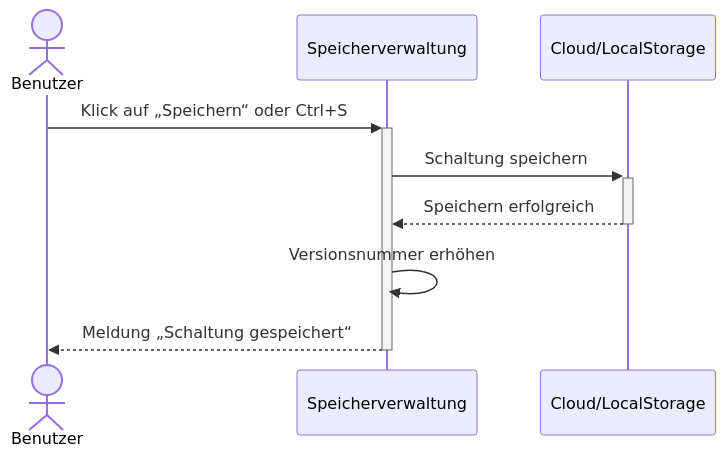
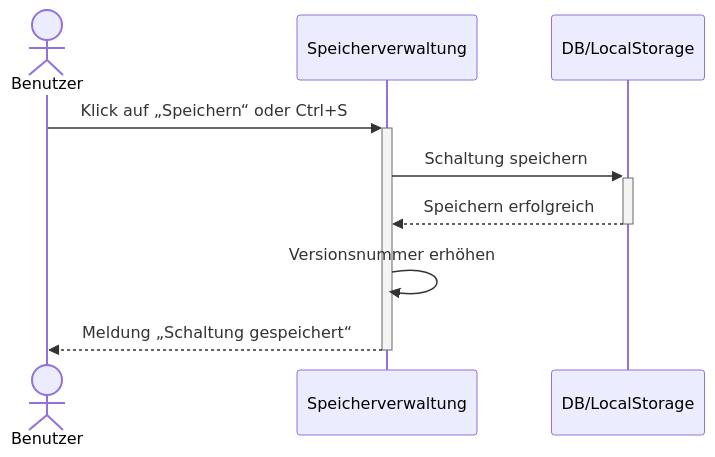
Before and after one commit to SimonJ2222/BitFlow: diagram 15 of 23 in docs/use_cases/software_requirements_specification.md, drawn with Mermaid. The commit also changed other lines of this file, not shown here.

Commit message:
Mockups hinzugefügt, Cloud in DB umbenannt

````diff
--- a/docs/use_cases/software_requirements_specification.md
+++ b/docs/use_cases/software_requirements_specification.md
@@ -686,13 +707,13 @@
 ```mermaid
 sequenceDiagram
     actor Benutzer
     participant System as Speicherverwaltung
-    participant Cloud as Cloud/LocalStorage
+    participant DB as DB/LocalStorage
 
     Benutzer ->>+ System: Klick auf „Speichern“ oder Ctrl+S
-    System ->>+ Cloud: Schaltung speichern
-    Cloud -->>- System: Speichern erfolgreich
+    System ->>+ DB: Schaltung speichern
+    DB -->>- System: Speichern erfolgreich
     System ->> System: Versionsnummer erhöhen
     System -->>- Benutzer: Meldung „Schaltung gespeichert“
 
 ```
````
